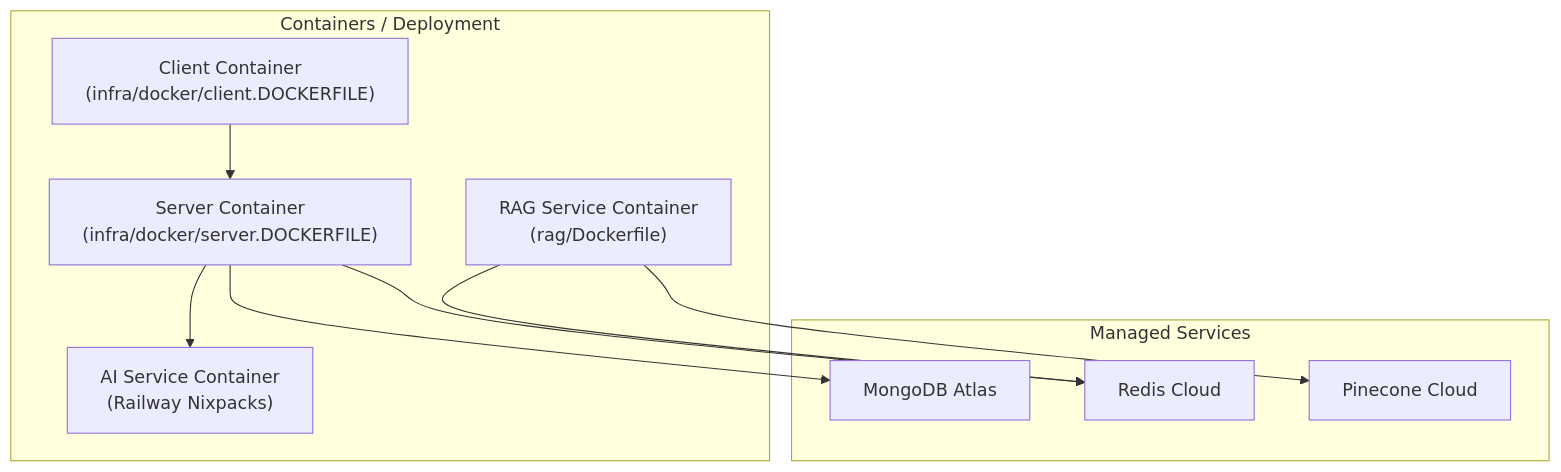
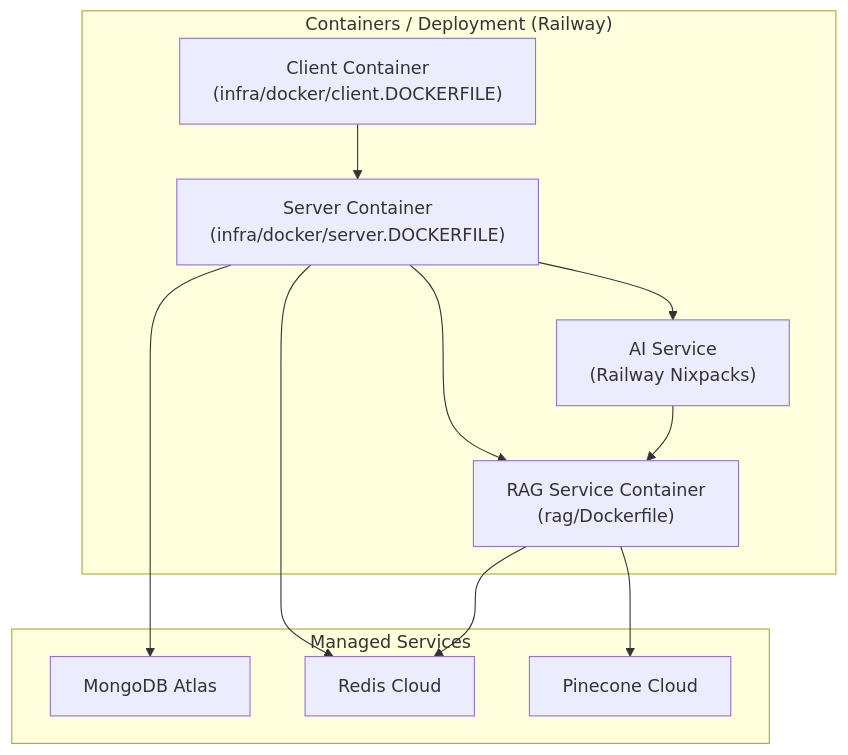
The eighth of 8 diagrams in ARCHITECTURE.md (ashutosh2652/ReplyPilot), drawn with Mermaid before and after one commit. The commit also changed other lines of this file and 2 other files, not shown here.

Commit message:
update README with detailed architecture, service-specific environment configurations, and project structure documentation

````diff
--- a/ARCHITECTURE.md
+++ b/ARCHITECTURE.md
@@ -438,22 +525,24 @@
 ```mermaid
 graph TB
-    subgraph "Containers / Deployment"
+    subgraph "Containers / Deployment (Railway)"
         C1["Client Container<br/>(infra/docker/client.DOCKERFILE)"]
         C2["Server Container<br/>(infra/docker/server.DOCKERFILE)"]
-        P1["AI Service Container<br/>(Railway Nixpacks)"]
+        P1["AI Service<br/>(Railway Nixpacks)"]
         P2["RAG Service Container<br/>(rag/Dockerfile)"]
     end
 
     subgraph "Managed Services"
         M1["MongoDB Atlas"]
         M2["Redis Cloud"]
         M3["Pinecone Cloud"]
     end
 
     C1 --> C2
     C2 --> M1
     C2 --> M2
     C2 --> P1
+    C2 --> P2
+    P1 --> P2
     P2 --> M2
     P2 --> M3
 ```
````
